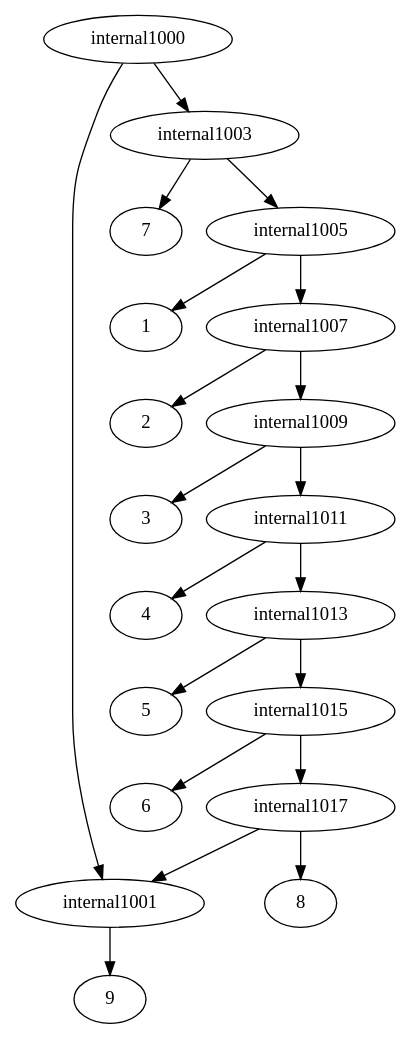
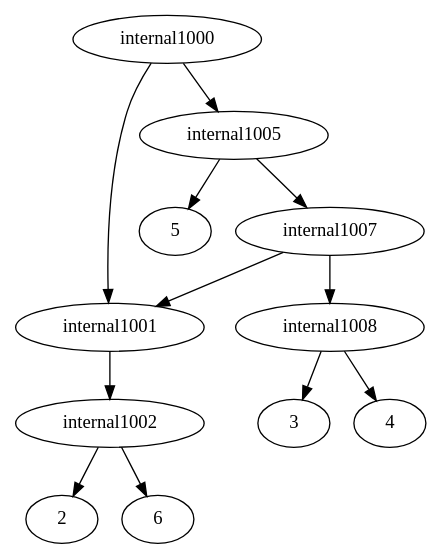
Before and after one commit to solislemuslab/phylo-knit: the diagram in New/Server/upload.dot, drawn with Graphviz. The commit also changed 10 other files, not shown here.

```diff
--- a/New/Server/upload.dot
+++ b/New/Server/upload.dot
@@ -1,22 +1,16 @@
 strict digraph G1 {
 internal1000 -> internal1001
-internal1000 -> internal1003
-internal1001 -> 9
-internal1003 -> 7
-internal1003 -> internal1005
-internal1005 -> 1
+internal1000 -> internal1005
+internal1001 -> internal1002
+internal1002 -> 2
+internal1002 -> 6
+internal1005 -> 5
 internal1005 -> internal1007
-internal1007 -> 2
-internal1007 -> internal1009
-internal1009 -> 3
-internal1009 -> internal1011
-internal1011 -> 4
-internal1011 -> internal1013
-internal1013 -> 5
-internal1013 -> internal1015
-internal1015 -> 6
-internal1015 -> internal1017
-internal1017 -> 8
-internal1017 -> internal1001
-internal1001 -> 9
+internal1007 -> internal1008
+internal1007 -> internal1001
+internal1008 -> 3
+internal1008 -> 4
+internal1001 -> internal1002
+internal1002 -> 2
+internal1002 -> 6
 }
```
